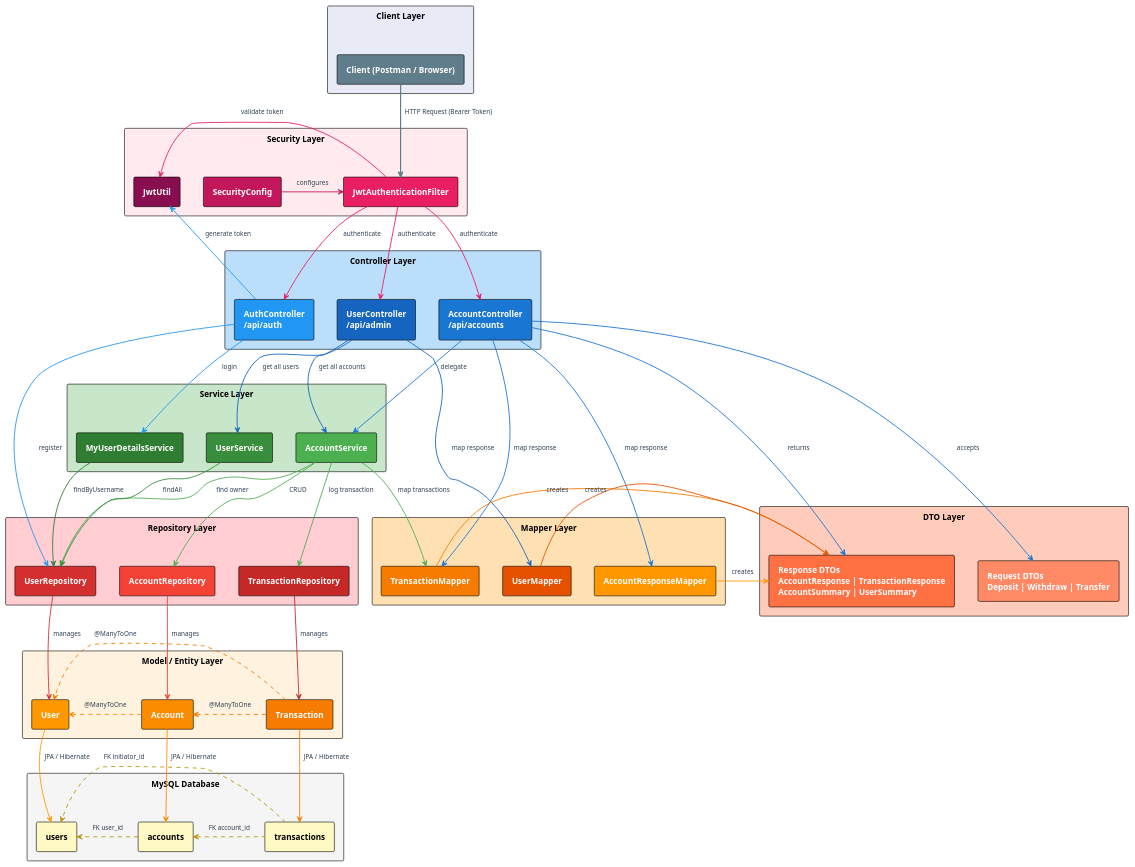
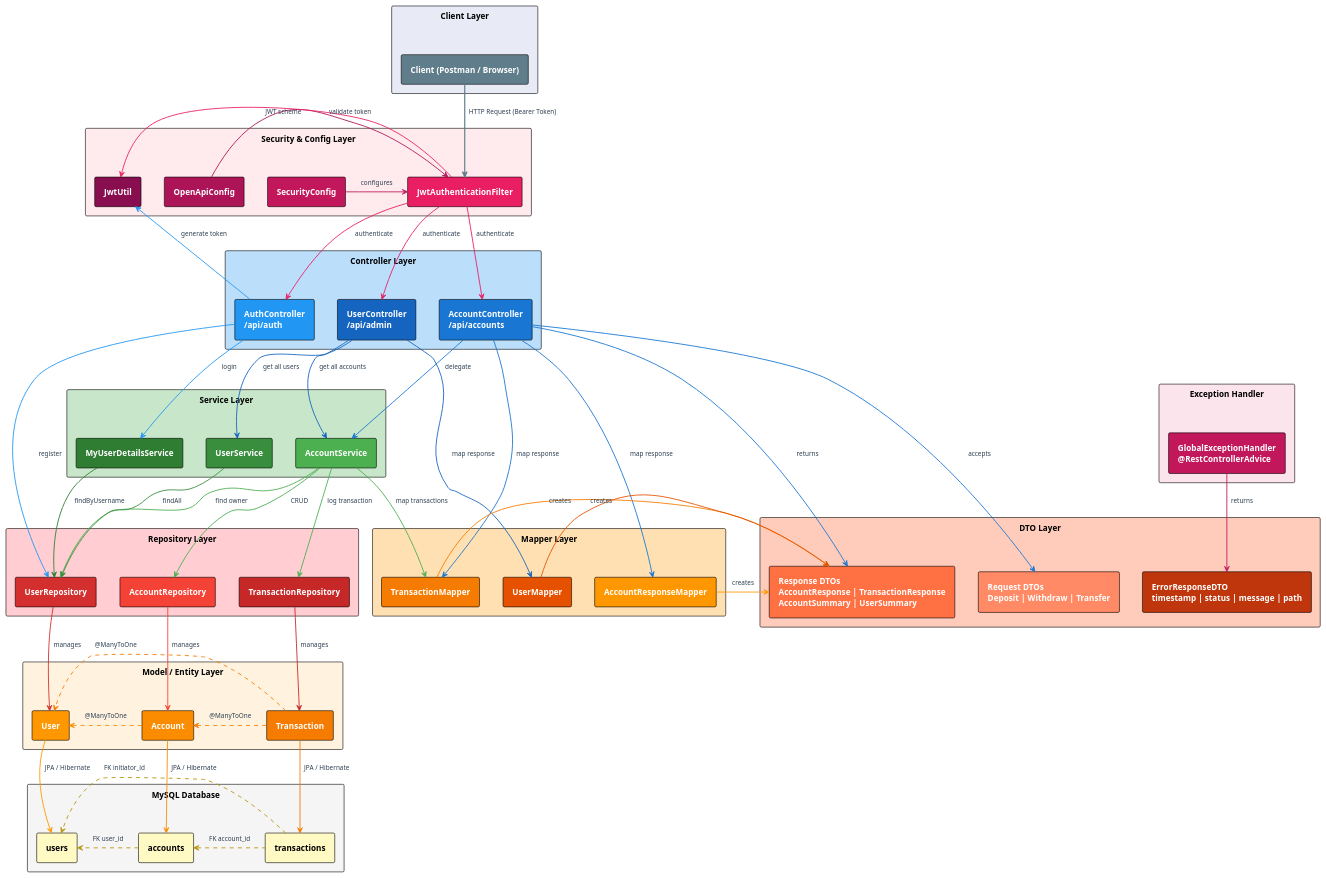
Before and after one commit to OmarElmelegy/Banking-api: the diagram in docs/architecture.puml, drawn with PlantUML. The commit also changed 18 other files, not shown here.

First line of the commit message:
feat: add Swagger/OpenAPI, global exception handler, and paginated transaction history

```diff
--- a/docs/architecture.puml
+++ b/docs/architecture.puml
@@ -1,142 +1,153 @@
 @startuml Banking API Architecture
 
 !theme plain
 top to bottom direction
 skinparam nodesep 40
 skinparam ranksep 50
 skinparam padding 6
 skinparam defaultFontSize 13
 skinparam RectangleFontSize 14
 skinparam RectangleFontStyle bold
 
 skinparam Arrow {
   Color #34495E
   FontSize 11
   FontColor #2C3E50
   Thickness 1.5
 }
 
 ' ========== ROW 1: CLIENT ==========
 rectangle "Client Layer" #E8EAF6 {
   rectangle "Client (Postman / Browser)" as Client #607D8B;text:white
 }
 
-' ========== ROW 2: SECURITY ==========
-rectangle "Security Layer" #FFEBEE {
+' ========== ROW 2: SECURITY & CONFIG ==========
+rectangle "Security & Config Layer" #FFEBEE {
   rectangle "SecurityConfig" as SecurityConfig #C2185B;text:white
+  rectangle "OpenApiConfig" as OpenApiConfig #AD1457;text:white
   rectangle "JwtAuthenticationFilter" as JwtFilter #E91E63;text:white
   rectangle "JwtUtil" as JwtUtil #880E4F;text:white
 }
 
 ' ========== ROW 3: CONTROLLERS ==========
 rectangle "Controller Layer" #BBDEFB {
   rectangle "AuthController\n/api/auth" as AuthCtrl #2196F3;text:white
   rectangle "AccountController\n/api/accounts" as AccCtrl #1976D2;text:white
   rectangle "UserController\n/api/admin" as UserCtrl #1565C0;text:white
+}
+
+' ========== ROW 3b: EXCEPTION HANDLER ==========
+rectangle "Exception Handler" #FCE4EC {
+  rectangle "GlobalExceptionHandler\n@RestControllerAdvice" as ExHandler #C2185B;text:white
 }
 
 ' ========== ROW 4: SERVICES ==========
 rectangle "Service Layer" #C8E6C9 {
   rectangle "MyUserDetailsService" as UserDetailsSvc #2E7D32;text:white
   rectangle "AccountService" as AccSvc #4CAF50;text:white
   rectangle "UserService" as UserSvc #388E3C;text:white
 }
 
 ' ========== ROW 5: MAPPER + DTO (side by side) ==========
 rectangle "Mapper Layer" #FFE0B2 {
   rectangle "AccountResponseMapper" as AccMapper #FF9800;text:white
   rectangle "TransactionMapper" as TxMapper #F57C00;text:white
   rectangle "UserMapper" as UsrMapper #E65100;text:white
 }
 
 rectangle "DTO Layer" #FFCCBC {
   rectangle "Request DTOs\nDeposit | Withdraw | Transfer" as ReqDTOs #FF8A65;text:white
   rectangle "Response DTOs\nAccountResponse | TransactionResponse\nAccountSummary | UserSummary" as RespDTOs #FF7043;text:white
+  rectangle "ErrorResponseDTO\ntimestamp | status | message | path" as ErrDTO #BF360C;text:white
 }
 
 ' ========== ROW 6: REPOSITORIES ==========
 rectangle "Repository Layer" #FFCDD2 {
   rectangle "UserRepository" as UserRepo #D32F2F;text:white
   rectangle "AccountRepository" as AccRepo #F44336;text:white
   rectangle "TransactionRepository" as TxRepo #C62828;text:white
 }
 
 ' ========== ROW 7: MODELS ==========
 rectangle "Model / Entity Layer" #FFF3E0 {
   rectangle "User" as UserModel #FF9800;text:white
   rectangle "Account" as AccModel #FB8C00;text:white
   rectangle "Transaction" as TxModel #F57C00;text:white
 }
 
 ' ========== ROW 8: DATABASE ==========
 rectangle "MySQL Database" #F5F5F5 {
   rectangle "users" as UsersTable #FFF9C4
   rectangle "accounts" as AccountsTable #FFF9C4
   rectangle "transactions" as TxTable #FFF9C4
 }
 
 ' ========== ARROWS ==========
 
 ' Row 1 -> Row 2  (Client = gray #607D8B)
 Client -[#607D8B,bold]down-> JwtFilter : HTTP Request (Bearer Token)
 
 ' Within Security  (Security = pink/red #E91E63)
 SecurityConfig -[#C2185B]right-> JwtFilter : configures
+OpenApiConfig -[#AD1457]right-> JwtFilter : JWT scheme
 JwtFilter -[#E91E63]right-> JwtUtil : validate token
 
 ' Row 2 -> Row 3  (Security = pink #E91E63)
 JwtFilter -[#E91E63]down-> AuthCtrl : authenticate
 JwtFilter -[#E91E63]down-> AccCtrl : authenticate
 JwtFilter -[#E91E63]down-> UserCtrl : authenticate
+
+' Exception Handler wires to ErrorResponseDTO
+ExHandler -[#C2185B]down-> ErrDTO : returns
 
 ' Row 3 -> Row 4  (Controller = blue #1976D2)
 AuthCtrl -[#2196F3]down-> UserDetailsSvc : login
 AuthCtrl -[#2196F3]up-> JwtUtil : generate token
 AccCtrl -[#1976D2]down-> AccSvc : delegate
 UserCtrl -[#1565C0]down-> AccSvc : get all accounts
 UserCtrl -[#1565C0]down-> UserSvc : get all users
 
 ' Row 4 -> Row 5  (Service = green #4CAF50)
 AccSvc -[#4CAF50]down-> TxMapper : map transactions
 
 ' Row 3 -> Row 5  (Controller = blue #1976D2)
 AccCtrl -[#1976D2]down-> AccMapper : map response
 AccCtrl -[#1976D2]down-> TxMapper : map response
 UserCtrl -[#1565C0]down-> UsrMapper : map response
 AccCtrl -[#1976D2]down-> ReqDTOs : accepts
 AccCtrl -[#1976D2]down-> RespDTOs : returns
 
 ' Row 5: Mappers produce DTOs  (Mapper = orange #FF9800)
 AccMapper -[#FF9800]right-> RespDTOs : creates
 TxMapper -[#F57C00]right-> RespDTOs : creates
 UsrMapper -[#E65100]right-> RespDTOs : creates
 
 ' Row 4 -> Row 6  (Service = green #4CAF50)
 UserDetailsSvc -[#2E7D32]down-> UserRepo : findByUsername
 AccSvc -[#4CAF50]down-> AccRepo : CRUD
 AccSvc -[#4CAF50]down-> UserRepo : find owner
 AccSvc -[#4CAF50]down-> TxRepo : log transaction
 UserSvc -[#388E3C]down-> UserRepo : findAll
 AuthCtrl -[#2196F3]down-> UserRepo : register
 
 ' Row 6 -> Row 7  (Repository = red #F44336)
 UserRepo -[#D32F2F]down-> UserModel : manages
 AccRepo -[#F44336]down-> AccModel : manages
 TxRepo -[#C62828]down-> TxModel : manages
 
 ' Row 7 -> Row 8  (Model = orange #FB8C00)
 UserModel -[#FF9800]down-> UsersTable : JPA / Hibernate
 AccModel -[#FB8C00]down-> AccountsTable : JPA / Hibernate
 TxModel -[#F57C00]down-> TxTable : JPA / Hibernate
 
 ' FK relationships within DB  (DB = yellow/dark #B7950B)
 AccountsTable -[#B7950B,dashed]right-> UsersTable : FK user_id
 TxTable -[#B7950B,dashed]left-> AccountsTable : FK account_id
 TxTable -[#B7950B,dashed]right-> UsersTable : FK initiator_id
 
 ' Entity relationships  (Model = orange #FB8C00)
 AccModel -[#FB8C00,dashed]left-> UserModel : @ManyToOne
 TxModel -[#F57C00,dashed]left-> AccModel : @ManyToOne
 TxModel -[#F57C00,dashed]right-> UserModel : @ManyToOne
 
 @enduml
```
